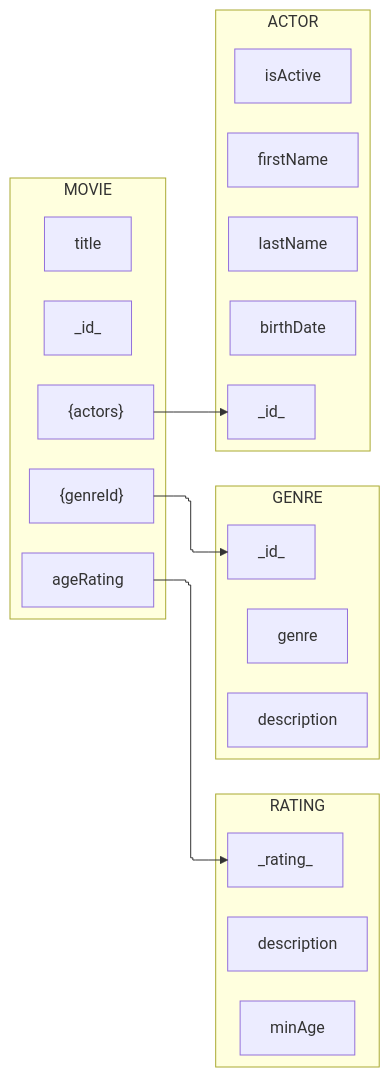
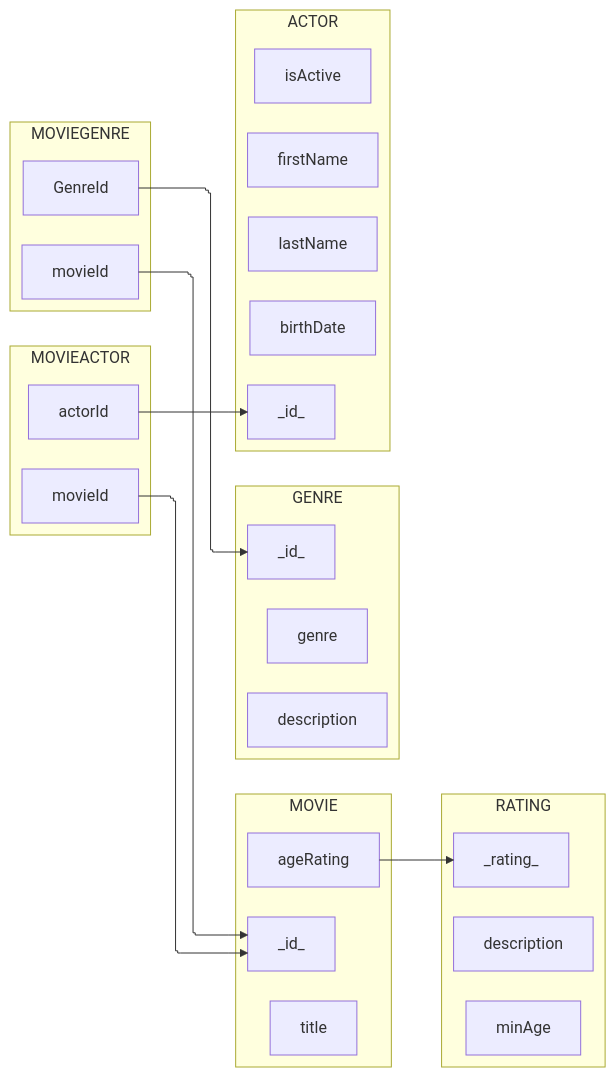
Before and after one commit to tnichols217/notes: the fifth of 6 diagrams in CSDS 341 - Intro to Databases/HW/1/Tables.md, drawn with Mermaid. The commit also changed other lines of this file and 5 other files, not shown here.

````diff
--- a/CSDS 341 - Intro to Databases/HW/1/Tables.md
+++ b/CSDS 341 - Intro to Databases/HW/1/Tables.md
@@ -208,32 +222,40 @@
 ```mermaid
 %%{ init: { 'flowchart': { 'curve': 'stepBefore', "defaultRenderer": "elk" } } }%%
 flowchart LR
 
 subgraph MOVIE
 movId[_id_]
 movTitle[title]
 movAgeRating[ageRating]
-movGenreId["{genreId}"]
-movActors["{actors}"]
 end
 subgraph RATING
 ratingRating[_rating_]
 ratingDescription[description]
 ratingMinAge[minAge]
 end
 subgraph GENRE
 genreId[_id_]
 genreGenre[genre]
 genreDescription[description]
 end
 subgraph ACTOR
 actorId[_id_]
 actorFirstName[firstName]
 actorLastName[lastName]
 actorIsActive[isActive]
 actorBirthDate[birthDate]
 end
+subgraph MOVIEACTOR
+movieactorMovieId[movieId]
+movieactorActorId[actorId]
+end
+subgraph MOVIEGENRE
+moviegenreMovieId[movieId]
+moviegenreGenreId[GenreId]
+end
+moviegenreMovieId --> movId
+moviegenreGenreId --> genreId
+movieactorMovieId --> movId
+movieactorActorId --> actorId
 movAgeRating --> ratingRating
-movGenreId --> genreId
-movActors --> actorId
 ```
````
